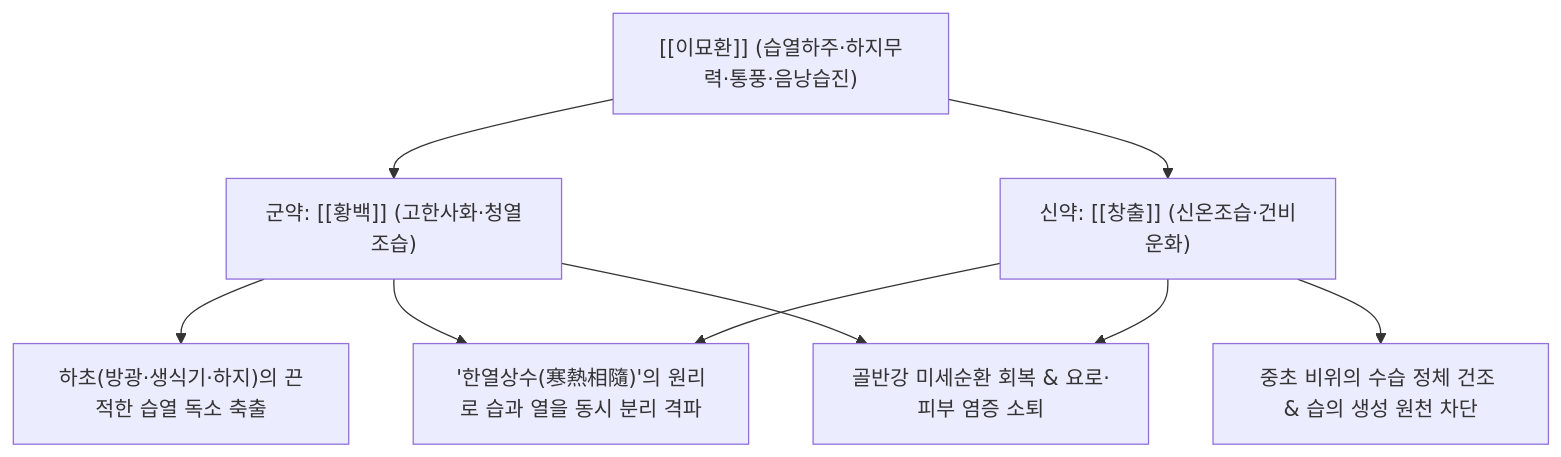
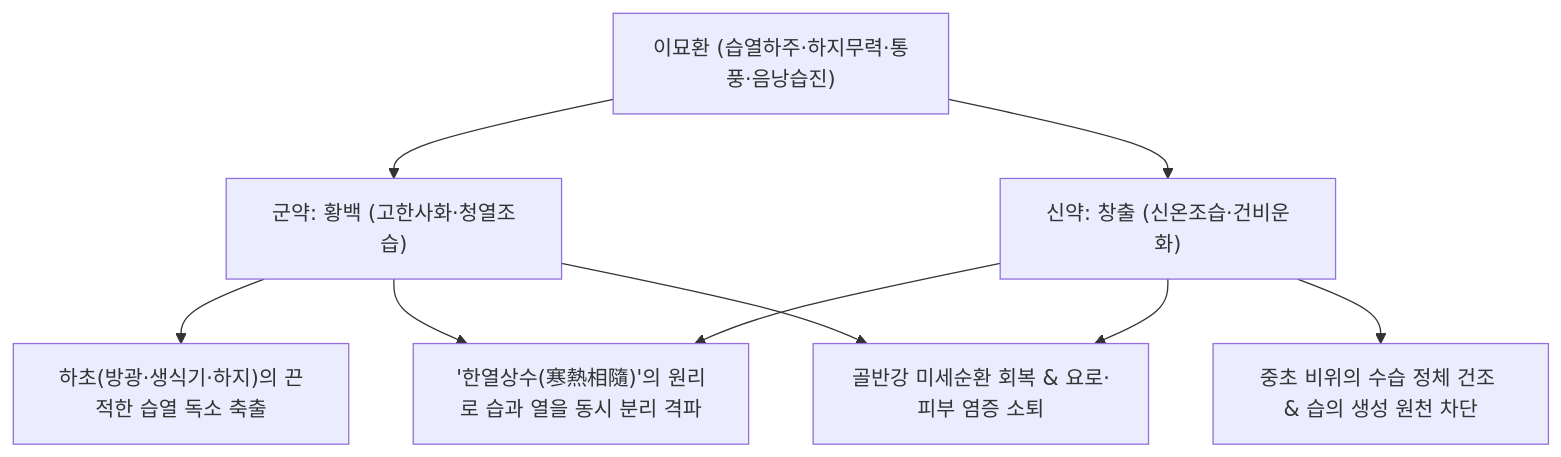
The diagram in content/2. 약리 공부/처방/03_화담·거습·이수제/이묘환.md (simbio11/simbio-digital-garden2), drawn with Mermaid before and after one commit. The commit also changed other lines of this file and 323 other files, not shown here.

````diff
--- a/content/2. 약리 공부/처방/03_화담·거습·이수제/이묘환.md
+++ b/content/2. 약리 공부/처방/03_화담·거습·이수제/이묘환.md
@@ -43,11 +43,11 @@
 ```mermaid
 graph TD
-    A["[[이묘환]] (습열하주·하지무력·통풍·음낭습진)"] --> B["군약: [[황백]] (고한사화·청열조습)"]
-    A --> C["신약: [[창출]] (신온조습·건비운화)"]
+    A["이묘환 (습열하주·하지무력·통풍·음낭습진)"] --> B["군약: 황백 (고한사화·청열조습)"]
+    A --> C["신약: 창출 (신온조습·건비운화)"]
 
     B --> D["하초(방광·생식기·하지)의 끈적한 습열 독소 축출"]
     C --> E["중초 비위의 수습 정체 건조 & 습의 생성 원천 차단"]
 
     B & C --> F["'한열상수(寒熱相隨)'의 원리로 습과 열을 동시 분리 격파"]
     B & C --> G["골반강 미세순환 회복 & 요로·피부 염증 소퇴"]
 ```
````
